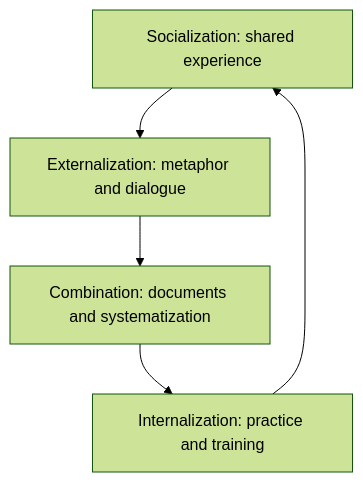
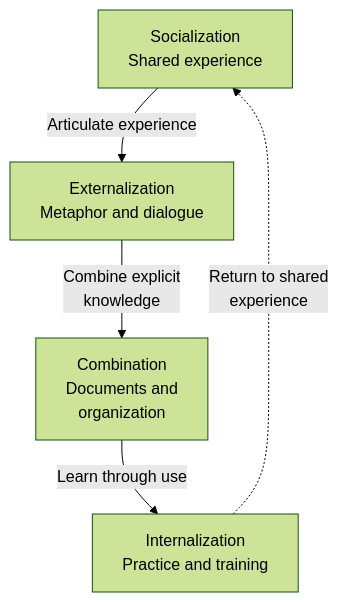
Before and after one commit to daylight55/research: the second of 3 diagrams in articles/report/tacit-knowledge-business-theory/en/index.mdx, drawn with Mermaid (forest theme). The commit also changed other lines of this file and 181 other files, not shown here.

First line of the commit message:
全記事の図解368点を再生成し、共通注意書きを削除 (#402)

````diff
--- a/articles/report/tacit-knowledge-business-theory/en/index.mdx
+++ b/articles/report/tacit-knowledge-business-theory/en/index.mdx
@@ -74,7 +80,13 @@
 ```mermaid
 flowchart TD
-  S["Socialization: shared experience"] --> E["Externalization: metaphor and dialogue"]
-  E --> C["Combination: documents and systematization"]
-  C --> I["Internalization: practice and training"]
-  I --> S
+  accTitle: Four knowledge conversions in the SECI model
+  accDescr: Socialization shares experience, externalization uses dialogue, combination organizes knowledge and internalization uses practice. The cycle is a conceptual model.
+  N0["Socialization<br/>Shared experience"]
+  N1["Externalization<br/>Metaphor and dialogue"]
+  N2["Combination<br/>Documents and<br/>organization"]
+  N3["Internalization<br/>Practice and training"]
+  N0 -->|Articulate experience| N1
+  N1 -->|Combine explicit<br/>knowledge| N2
+  N2 -->|Learn through use| N3
+  N3 -.->|Return to shared<br/>experience| N0
 ```
````
